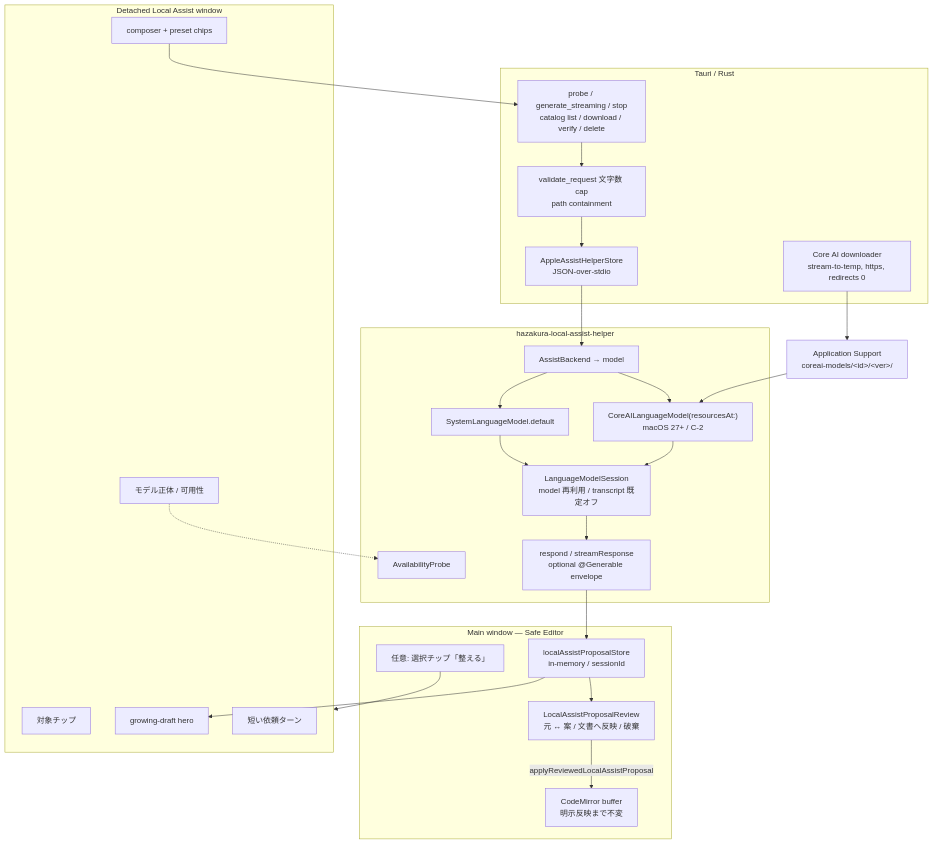
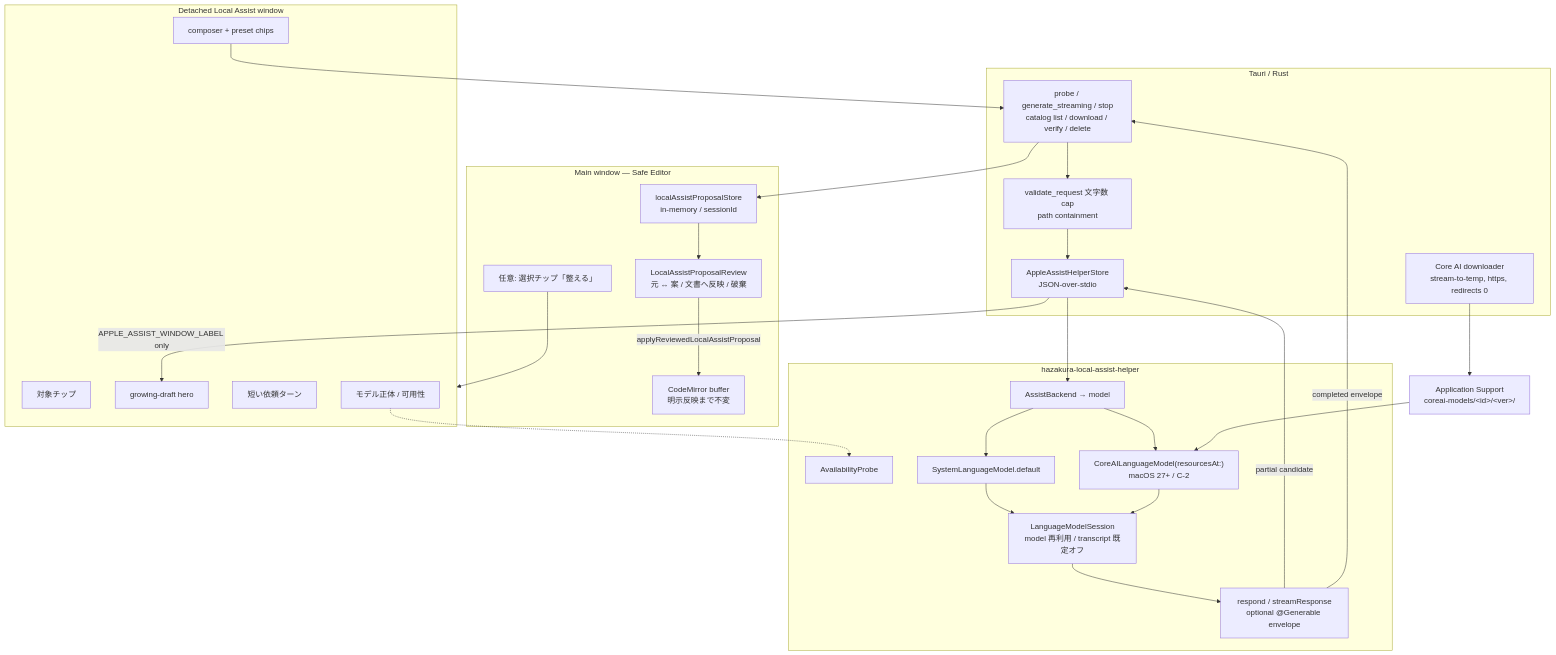
Before and after one commit to lero003/hazakura-editor: the first of 6 diagrams in docs/core-ai-c0-design.md, drawn with Mermaid. The commit also changed other lines of this file and 5 other files, not shown here.

````diff
--- a/docs/core-ai-c0-design.md
+++ b/docs/core-ai-c0-design.md
@@ -135,51 +150,53 @@
 ```mermaid
 flowchart TB
   subgraph Main["Main window — Safe Editor"]
     Editor["CodeMirror buffer<br/>明示反映まで不変"]
     Inline["任意: 選択チップ「整える」"]
     Diff["LocalAssistProposalReview<br/>元 ↔ 案 / 文書へ反映 / 破棄"]
     Store["localAssistProposalStore<br/>in-memory / sessionId"]
   end
 
   subgraph Companion["Detached Local Assist window"]
     Chip["対象チップ"]
     Draft["growing-draft hero"]
     Turns["短い依頼ターン"]
     Composer["composer + preset chips"]
     Footer["モデル正体 / 可用性"]
   end
 
   subgraph Rust["Tauri / Rust"]
     Cmds["probe / generate_streaming / stop<br/>catalog list / download / verify / delete"]
     Caps["validate_request 文字数 cap<br/>path containment"]
     Super["AppleAssistHelperStore<br/>JSON-over-stdio"]
     DL["Core AI downloader<br/>stream-to-temp, https, redirects 0"]
   end
 
   subgraph Helper["hazakura-local-assist-helper"]
     Probe["AvailabilityProbe"]
     Resolve["AssistBackend → model"]
     Sys["SystemLanguageModel.default"]
     Core["CoreAILanguageModel(resourcesAt:)<br/>macOS 27+ / C-2"]
     Sess["LanguageModelSession<br/>model 再利用 / transcript 既定オフ"]
     Gen["respond / streamResponse<br/>optional @Generable envelope"]
   end
 
   Disk["Application Support<br/>coreai-models/&lt;id&gt;/&lt;ver&gt;/"]
 
   Inline --> Companion
   Composer --> Cmds
   Cmds --> Caps --> Super --> Resolve
   Resolve --> Sys
   Resolve --> Core
   Sys --> Sess
   Core --> Sess
   Sess --> Gen
-  Gen --> Store
-  Store --> Draft
+  Gen -->|partial candidate| Super
+  Super -->|APPLE_ASSIST_WINDOW_LABEL only| Draft
+  Gen -->|completed envelope| Cmds
+  Cmds --> Store
   Store --> Diff
   Diff -->|applyReviewedLocalAssistProposal| Editor
   DL --> Disk
   Disk --> Core
   Footer -.-> Probe
 ```
````
